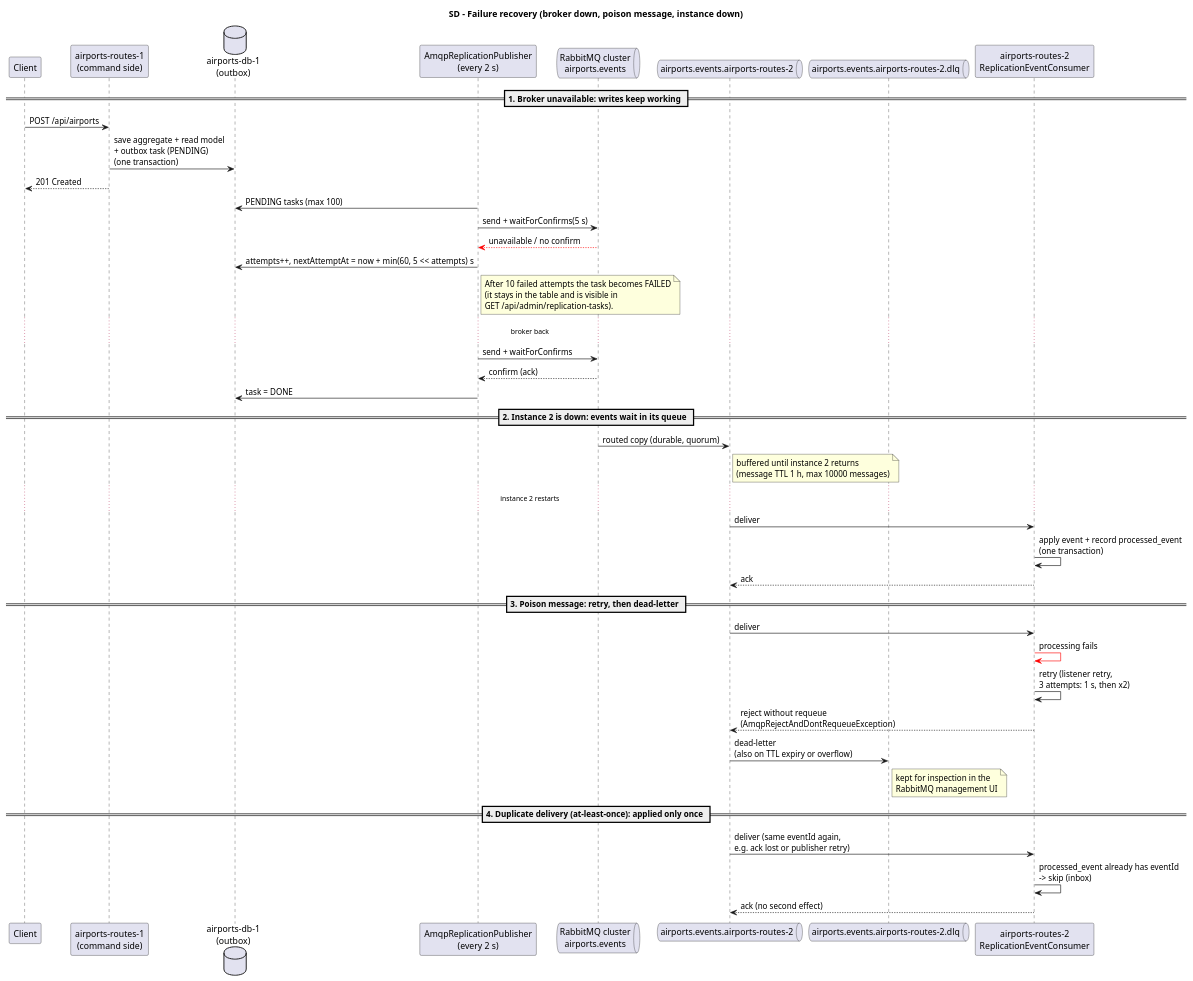
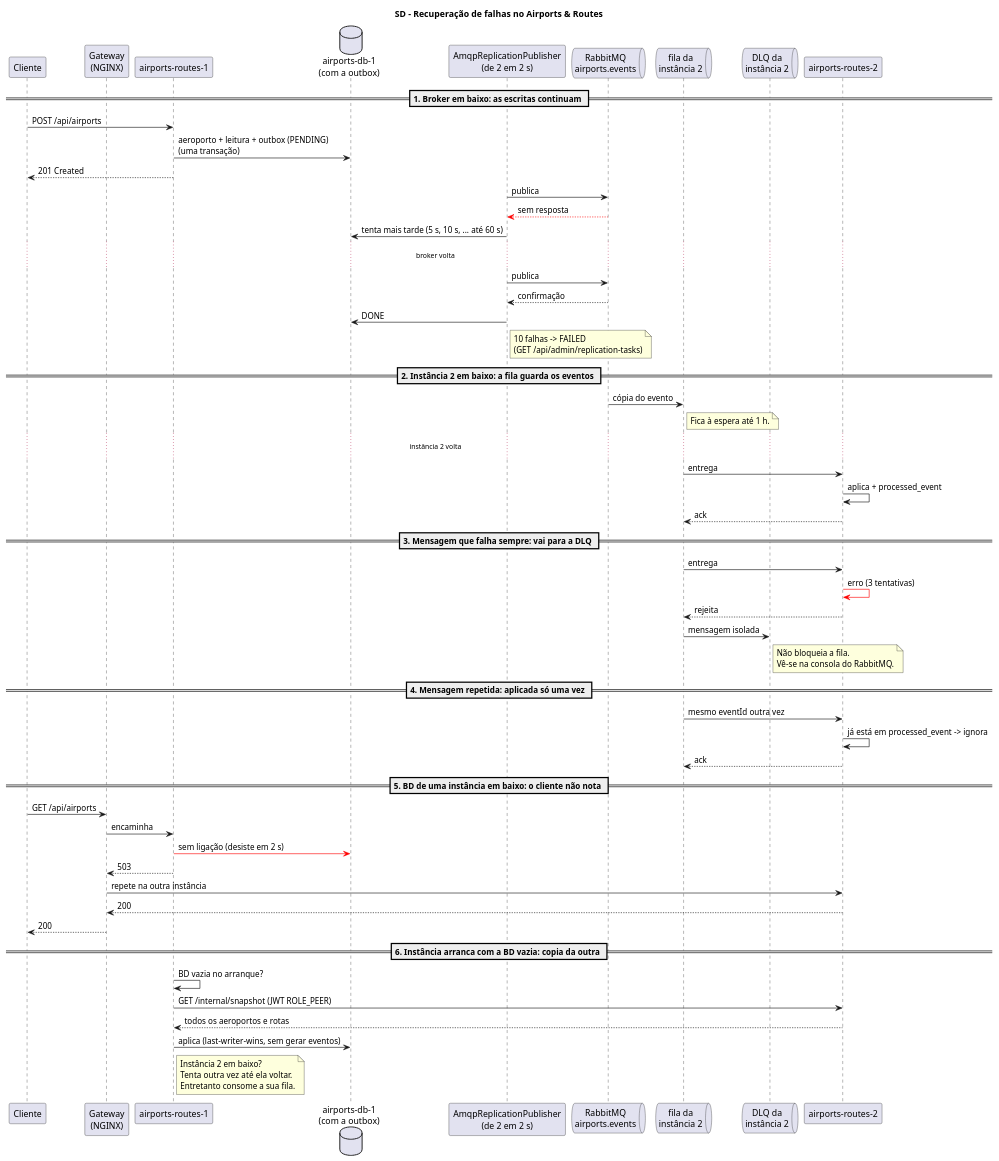
Before and after one commit to anamartasilvaa/SIDIG_AI_Safe: the diagram in Services/Airport e Routes/airports-routes-service/docs/E2/sd-failure-recovery.puml, drawn with PlantUML. The commit also changed 31 other files, not shown here.

Commit message:
Airports: snapshot no arranque com BD vazia, 503 com BD em baixo, diagramas e READMEs da Entrega 2 atualizados

```diff
--- a/Services/Airport e Routes/airports-routes-service/docs/E2/sd-failure-recovery.puml
+++ b/Services/Airport e Routes/airports-routes-service/docs/E2/sd-failure-recovery.puml
@@ -1,52 +1,63 @@
 @startuml sd-failure-recovery
 skinparam shadowing false
-title SD - Failure recovery (broker down, poison message, instance down)
+title SD - Recuperação de falhas no Airports & Routes
 
-participant "Client" as C
-participant "airports-routes-1\n(command side)" as A1
-database "airports-db-1\n(outbox)" as DB1
-participant "AmqpReplicationPublisher\n(every 2 s)" as P
-queue "RabbitMQ cluster\nairports.events" as MQ
-queue "airports.events.airports-routes-2" as Q2
-queue "airports.events.airports-routes-2.dlq" as DLQ
-participant "airports-routes-2\nReplicationEventConsumer" as A2
+participant "Cliente" as C
+participant "Gateway\n(NGINX)" as GW
+participant "airports-routes-1" as A1
+database "airports-db-1\n(com a outbox)" as DB1
+participant "AmqpReplicationPublisher\n(de 2 em 2 s)" as P
+queue "RabbitMQ\nairports.events" as MQ
+queue "fila da\ninstância 2" as Q2
+queue "DLQ da\ninstância 2" as DLQ
+participant "airports-routes-2" as A2
 
-== 1. Broker unavailable: writes keep working ==
+== 1. Broker em baixo: as escritas continuam ==
 C -> A1 : POST /api/airports
-A1 -> DB1 : save aggregate + read model\n+ outbox task (PENDING)\n(one transaction)
+A1 -> DB1 : aeroporto + leitura + outbox (PENDING)\n(uma transação)
 A1 --> C : 201 Created
-P -> DB1 : PENDING tasks (max 100)
-P -> MQ : send + waitForConfirms(5 s)
-MQ -[#red]-> P : unavailable / no confirm
-P -> DB1 : attempts++, nextAttemptAt = now + min(60, 5 << attempts) s
-note right of P
-  After 10 failed attempts the task becomes FAILED
-  (it stays in the table and is visible in
-  GET /api/admin/replication-tasks).
-end note
-... broker back ...
-P -> MQ : send + waitForConfirms
-MQ --> P : confirm (ack)
-P -> DB1 : task = DONE
+P -> MQ : publica
+MQ -[#red]-> P : sem resposta
+P -> DB1 : tenta mais tarde (5 s, 10 s, ... até 60 s)
+... broker volta ...
+P -> MQ : publica
+MQ --> P : confirmação
+P -> DB1 : DONE
+note right of P : 10 falhas -> FAILED\n(GET /api/admin/replication-tasks)
 
-== 2. Instance 2 is down: events wait in its queue ==
-MQ -> Q2 : routed copy (durable, quorum)
-note right of Q2 : buffered until instance 2 returns\n(message TTL 1 h, max 10000 messages)
-... instance 2 restarts ...
-Q2 -> A2 : deliver
-A2 -> A2 : apply event + record processed_event\n(one transaction)
+== 2. Instância 2 em baixo: a fila guarda os eventos ==
+MQ -> Q2 : cópia do evento
+note right of Q2 : Fica à espera até 1 h.
+... instância 2 volta ...
+Q2 -> A2 : entrega
+A2 -> A2 : aplica + processed_event
 A2 --> Q2 : ack
 
-== 3. Poison message: retry, then dead-letter ==
-Q2 -> A2 : deliver
-A2 -[#red]> A2 : processing fails
-A2 -> A2 : retry (listener retry,\n3 attempts: 1 s, then x2)
-A2 --> Q2 : reject without requeue\n(AmqpRejectAndDontRequeueException)
-Q2 -> DLQ : dead-letter\n(also on TTL expiry or overflow)
-note right of DLQ : kept for inspection in the\nRabbitMQ management UI
+== 3. Mensagem que falha sempre: vai para a DLQ ==
+Q2 -> A2 : entrega
+A2 -[#red]> A2 : erro (3 tentativas)
+A2 --> Q2 : rejeita
+Q2 -> DLQ : mensagem isolada
+note right of DLQ : Não bloqueia a fila.\nVê-se na consola do RabbitMQ.
 
-== 4. Duplicate delivery (at-least-once): applied only once ==
-Q2 -> A2 : deliver (same eventId again,\ne.g. ack lost or publisher retry)
-A2 -> A2 : processed_event already has eventId\n-> skip (inbox)
-A2 --> Q2 : ack (no second effect)
+== 4. Mensagem repetida: aplicada só uma vez ==
+Q2 -> A2 : mesmo eventId outra vez
+A2 -> A2 : já está em processed_event -> ignora
+A2 --> Q2 : ack
+
+== 5. BD de uma instância em baixo: o cliente não nota ==
+C -> GW : GET /api/airports
+GW -> A1 : encaminha
+A1 -[#red]> DB1 : sem ligação (desiste em 2 s)
+A1 --> GW : 503
+GW -> A2 : repete na outra instância
+A2 --> GW : 200
+GW --> C : 200
+
+== 6. Instância arranca com a BD vazia: copia da outra ==
+A1 -> A1 : BD vazia no arranque?
+A1 -> A2 : GET /internal/snapshot (JWT ROLE_PEER)
+A2 --> A1 : todos os aeroportos e rotas
+A1 -> DB1 : aplica (last-writer-wins, sem gerar eventos)
+note right of A1 : Instância 2 em baixo?\nTenta outra vez até ela voltar.\nEntretanto consome a sua fila.
 @enduml
```
